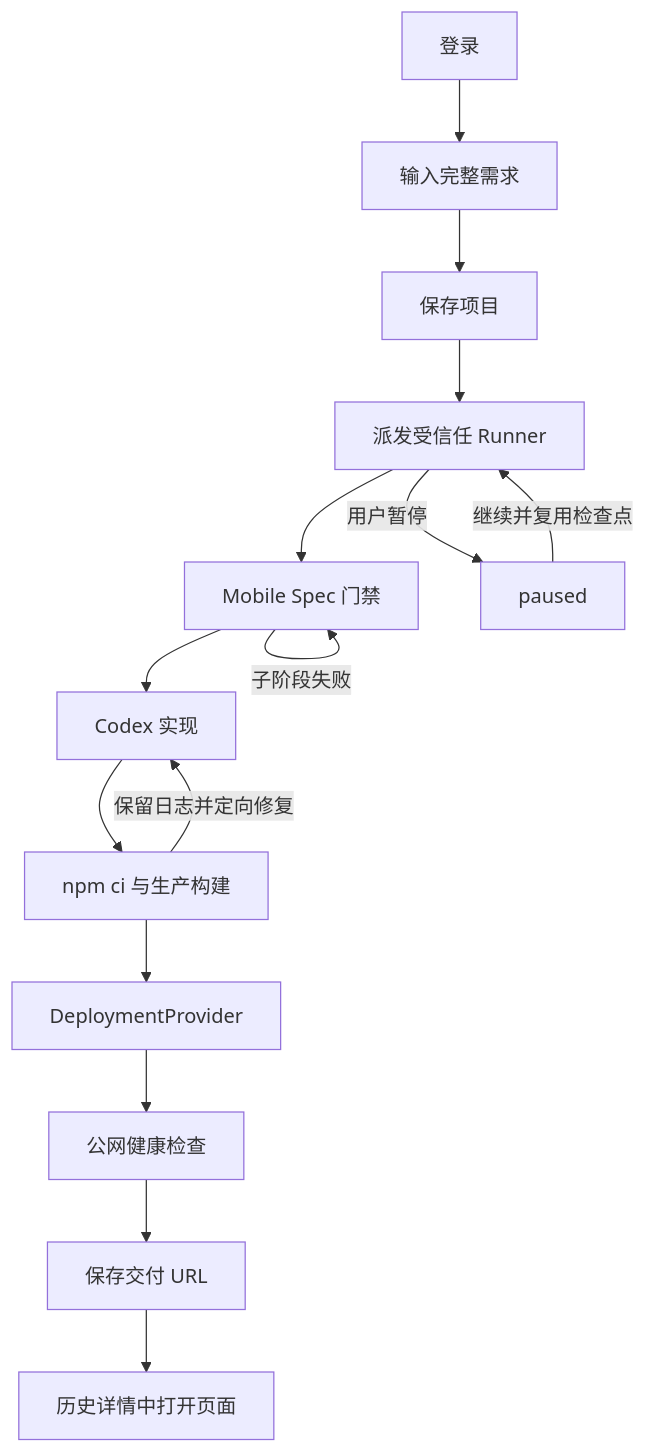
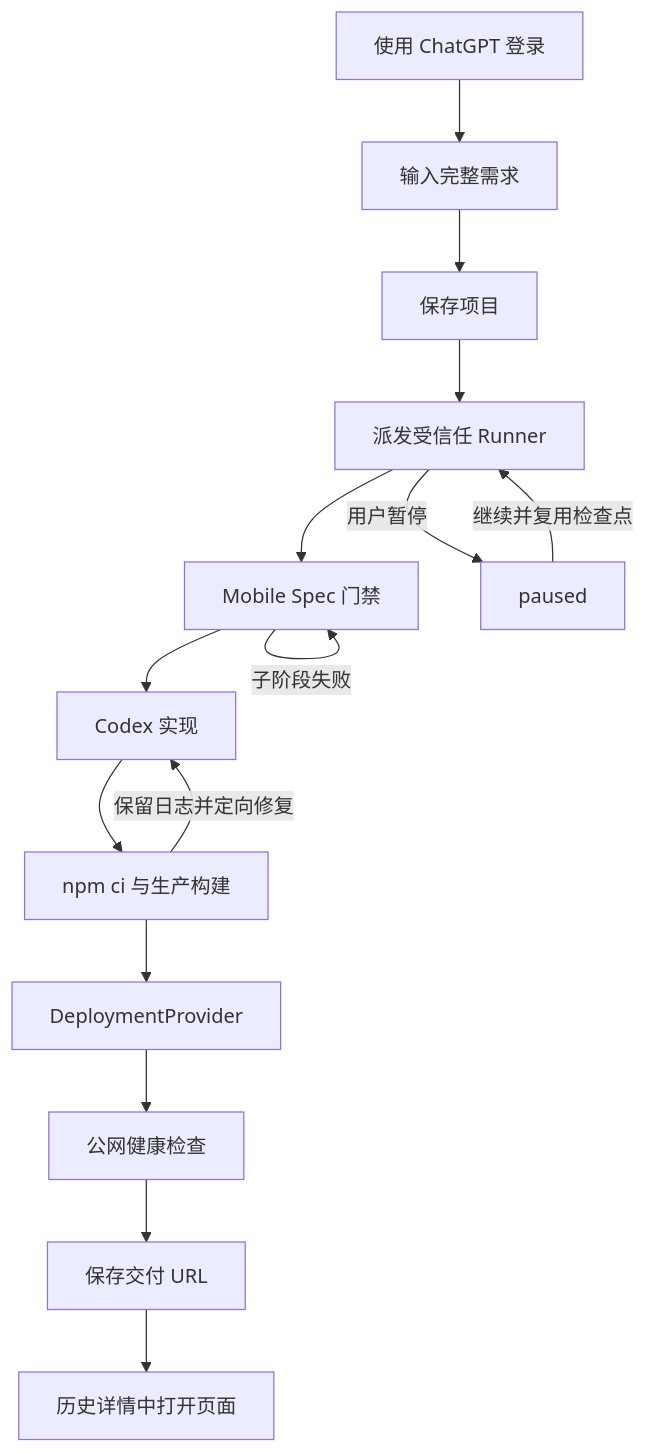
The diagram in docs/MVP产品说明.md (JonasQiu/mobile-app-build), drawn with Mermaid before and after one commit. The commit also changed other lines of this file and 22 other files, not shown here.

Commit message:
feat: add ChatGPT multi-user access

````diff
--- a/docs/MVP产品说明.md
+++ b/docs/MVP产品说明.md
@@ -11,17 +11,17 @@
 ```mermaid
 flowchart TD
-  A[登录] --> B[输入完整需求]
+  A[使用 ChatGPT 登录] --> B[输入完整需求]
   B --> C[保存项目]
   C --> D[派发受信任 Runner]
   D --> E[Mobile Spec 门禁]
   D -->|用户暂停| L[paused]
   L -->|继续并复用检查点| D
   E --> F[Codex 实现]
   F --> G[npm ci 与生产构建]
   E -->|子阶段失败| E
   G -->|保留日志并定向修复| F
   G --> H[DeploymentProvider]
   H --> I[公网健康检查]
   I --> J[保存交付 URL]
   J --> K[历史详情中打开页面]
 ```
````
